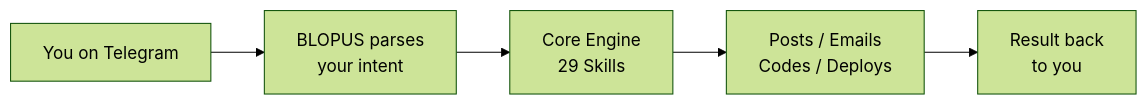
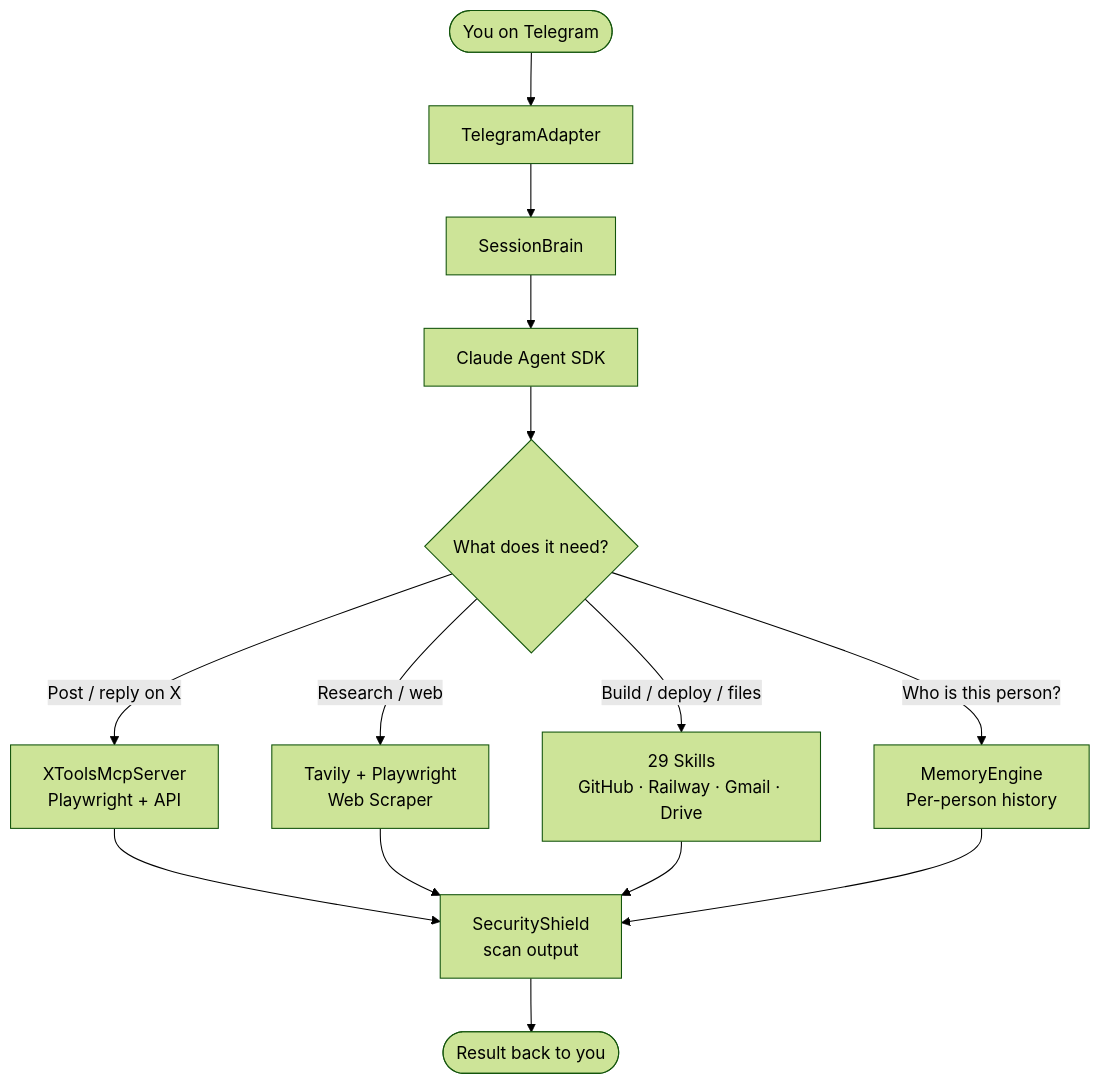
Before and after one commit to ShoryaDs7/BLOPUS: the first of 2 diagrams in README.md, drawn with Mermaid (forest theme). The commit also changed other lines of this file, not shown here.

Commit message:
fix: remove octopus from title, replace simple flowcharts with accurate architecture diagrams

````diff
--- a/README.md
+++ b/README.md
@@ -259,4 +259,16 @@
 ```mermaid
-flowchart LR
-    A[You on Telegram] --> B[BLOPUS parses<br/>your intent] --> C[Core Engine<br/>29 Skills] --> D[Posts / Emails<br/>Codes / Deploys] --> E[Result back<br/>to you]
+flowchart TD
+    A([You on Telegram]) --> B[TelegramAdapter]
+    B --> C[SessionBrain]
+    C --> D[Claude Agent SDK]
+    D --> E{What does it need?}
+    E -->|Post / reply on X| F[XToolsMcpServer\nPlaywright + API]
+    E -->|Research / web| G[Tavily + Playwright\nWeb Scraper]
+    E -->|Build / deploy / files| H[29 Skills\nGitHub · Railway · Gmail · Drive]
+    E -->|Who is this person?| I[MemoryEngine\nPer-person history]
+    F --> J[SecurityShield\nscan output]
+    G --> J
+    H --> J
+    I --> J
+    J --> K([Result back to you])
 ```
````
